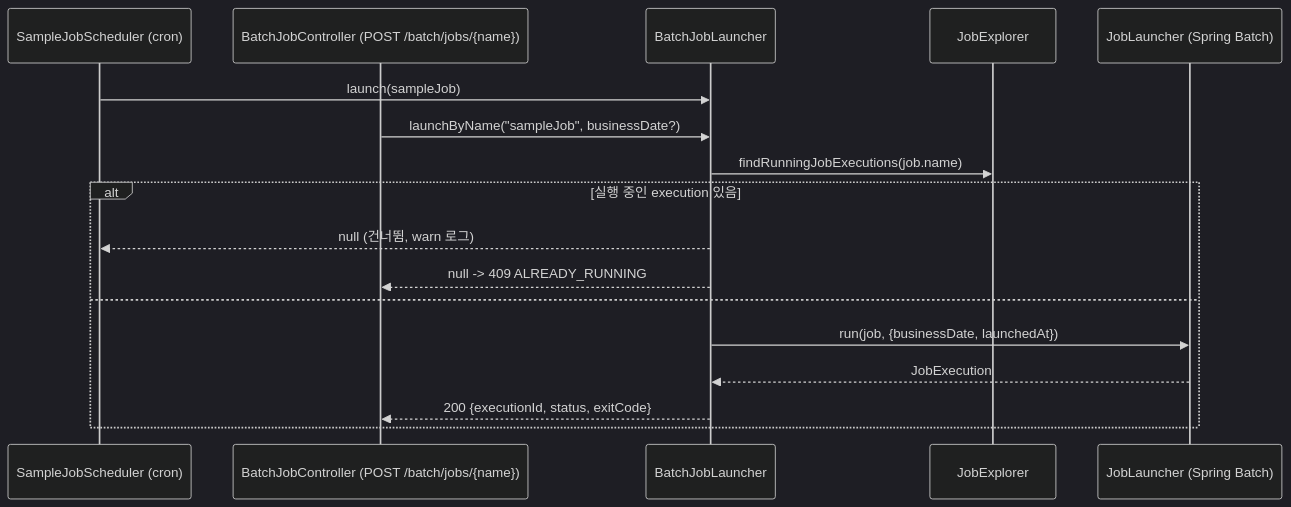
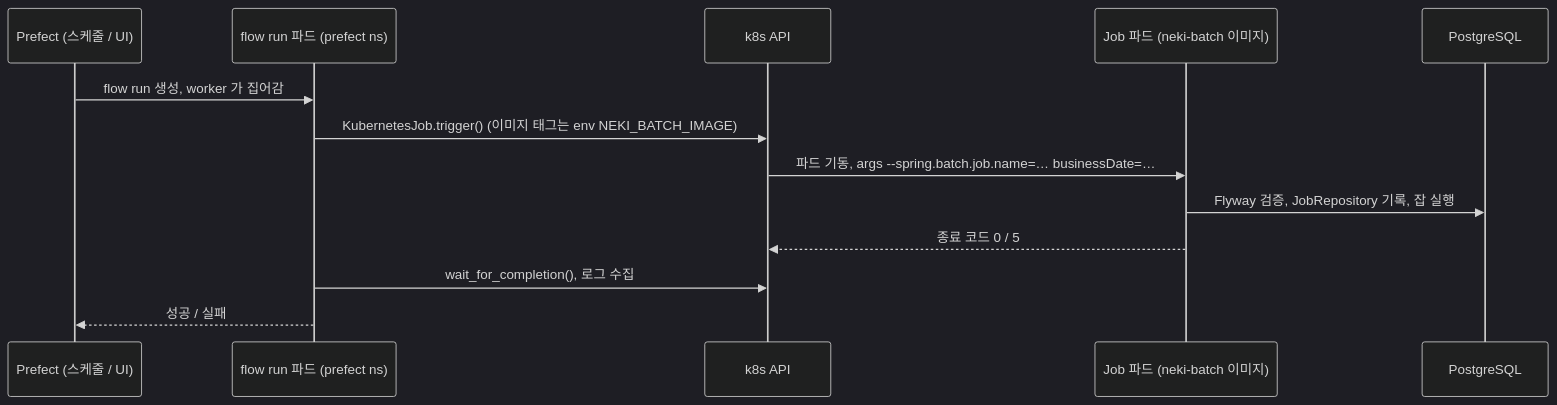
The diagram in docs/superpowers/specs/2026-09-23-batch-module-design.md (Team-Neki/Team-Neki-Server), drawn with Mermaid (dark theme) before and after one commit. The commit also changed other lines of this file and 5 other files, not shown here.

Commit message:
docs/BACKEND-128 one-shot 실행 계약과 Prefect 연계로 batch 문서 갱신

````diff
--- a/docs/superpowers/specs/2026-09-23-batch-module-design.md
+++ b/docs/superpowers/specs/2026-09-23-batch-module-design.md
@@ -141,20 +127,16 @@
 ```mermaid
 sequenceDiagram
-    participant S as SampleJobScheduler (cron)
-    participant C as BatchJobController (POST /batch/jobs/{name})
-    participant L as BatchJobLauncher
-    participant E as JobExplorer
-    participant J as JobLauncher (Spring Batch)
+    participant P as Prefect (스케줄 / UI)
+    participant F as flow run 파드 (prefect ns)
+    participant K as k8s API
+    participant J as Job 파드 (neki-batch 이미지)
+    participant DB as PostgreSQL
 
-    S->>L: launch(sampleJob)
-    C->>L: launchByName("sampleJob", businessDate?)
-    L->>E: findRunningJobExecutions(job.name)
-    alt 실행 중인 execution 있음
-        L-->>S: null (건너뜀, warn 로그)
-        L-->>C: null -> 409 ALREADY_RUNNING
-    else
-        L->>J: run(job, {businessDate, launchedAt})
-        J-->>L: JobExecution
-        L-->>C: 200 {executionId, status, exitCode}
-    end
+    P->>F: flow run 생성, worker 가 집어감
+    F->>K: KubernetesJob.trigger() (이미지 태그는 env NEKI_BATCH_IMAGE)
+    K->>J: 파드 기동, args --spring.batch.job.name=… businessDate=…
+    J->>DB: Flyway 검증, JobRepository 기록, 잡 실행
+    J-->>K: 종료 코드 0 / 5
+    F->>K: wait_for_completion(), 로그 수집
+    F-->>P: 성공 / 실패
 ```
````
